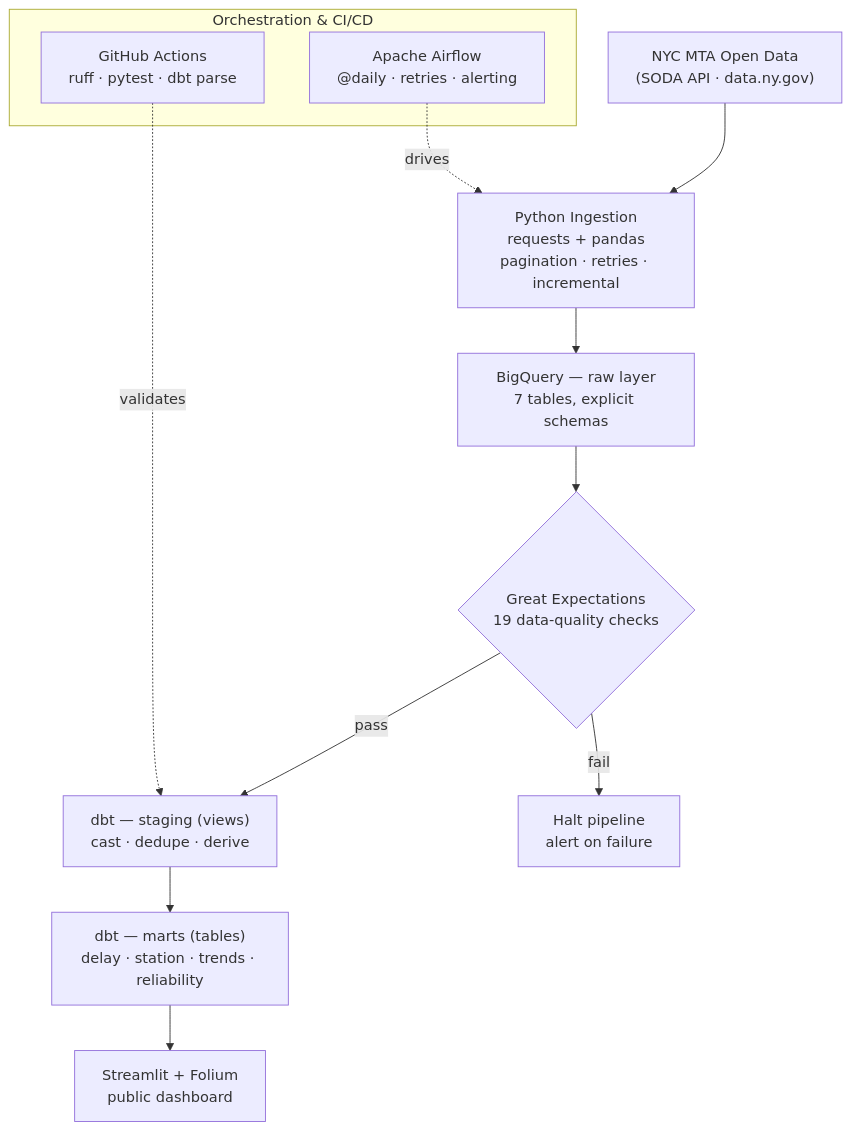
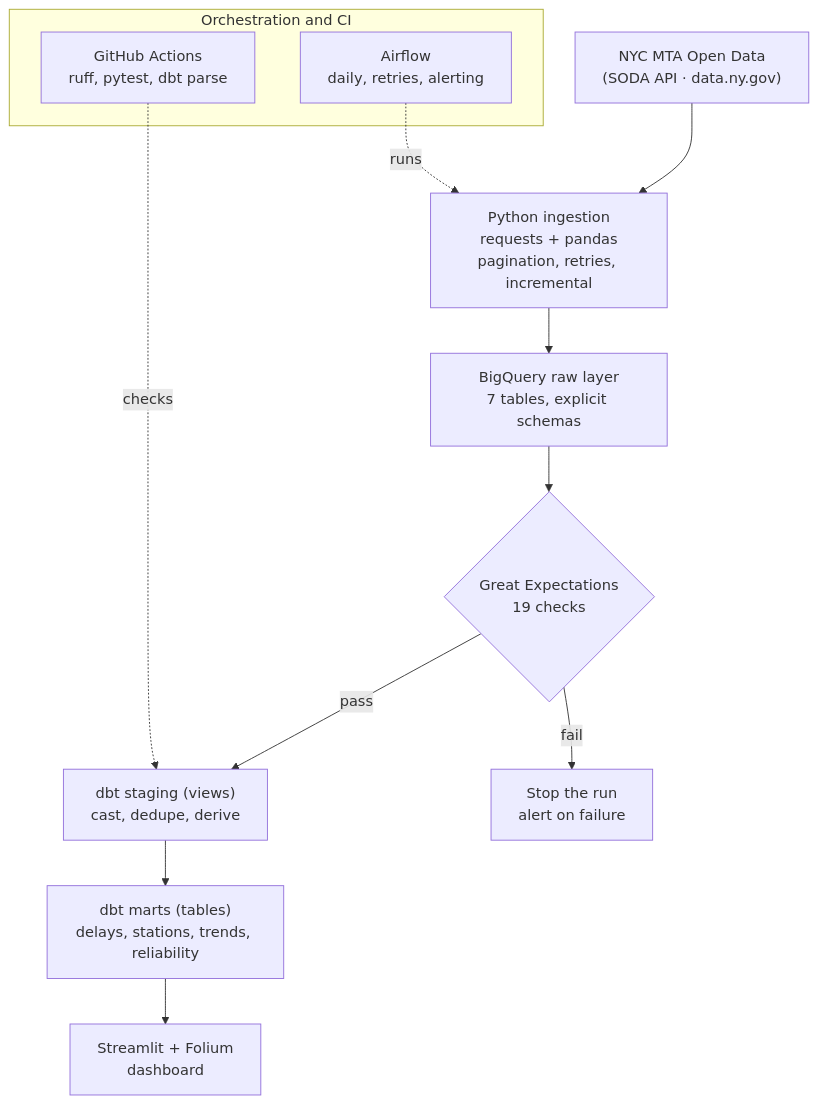
One commit to AnoopIbrampur/transit-pulse changed the diagram in README.md. Above: the diagram before and after it, drawn with Mermaid. The commit also changed other lines of this file and 1 other file, not shown here.

````diff
--- a/README.md
+++ b/README.md
@@ -19,17 +20,17 @@
 ```mermaid
 flowchart TD
-    A["NYC MTA Open Data<br/>(SODA API · data.ny.gov)"] --> B["Python Ingestion<br/>requests + pandas<br/>pagination · retries · incremental"]
-    B --> C["BigQuery — raw layer<br/>7 tables, explicit schemas"]
-    C --> D{"Great Expectations<br/>19 data-quality checks"}
-    D -- pass --> E["dbt — staging (views)<br/>cast · dedupe · derive"]
-    D -- fail --> X["Halt pipeline<br/>alert on failure"]
-    E --> F["dbt — marts (tables)<br/>delay · station · trends · reliability"]
-    F --> G["Streamlit + Folium<br/>public dashboard"]
+    A["NYC MTA Open Data<br/>(SODA API · data.ny.gov)"] --> B["Python ingestion<br/>requests + pandas<br/>pagination, retries, incremental"]
+    B --> C["BigQuery raw layer<br/>7 tables, explicit schemas"]
+    C --> D{"Great Expectations<br/>19 checks"}
+    D -- pass --> E["dbt staging (views)<br/>cast, dedupe, derive"]
+    D -- fail --> X["Stop the run<br/>alert on failure"]
+    E --> F["dbt marts (tables)<br/>delays, stations, trends, reliability"]
+    F --> G["Streamlit + Folium<br/>dashboard"]
 
-    subgraph ORCH ["Orchestration & CI/CD"]
-        H["Apache Airflow<br/>@daily · retries · alerting"]
-        I["GitHub Actions<br/>ruff · pytest · dbt parse"]
+    subgraph ORCH ["Orchestration and CI"]
+        H["Airflow<br/>daily, retries, alerting"]
+        I["GitHub Actions<br/>ruff, pytest, dbt parse"]
     end
-    H -.drives.-> B
-    I -.validates.-> E
+    H -.runs.-> B
+    I -.checks.-> E
 ```
````
